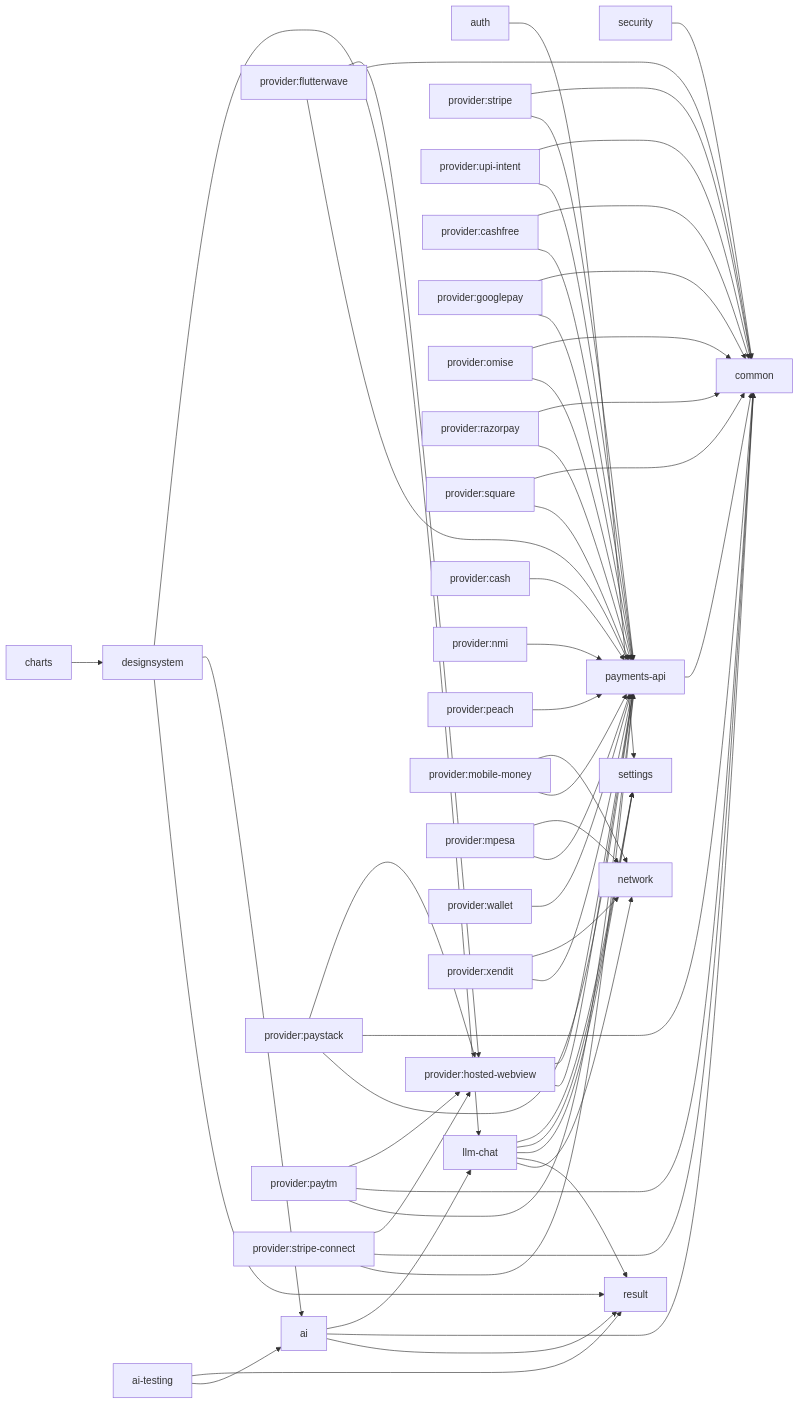
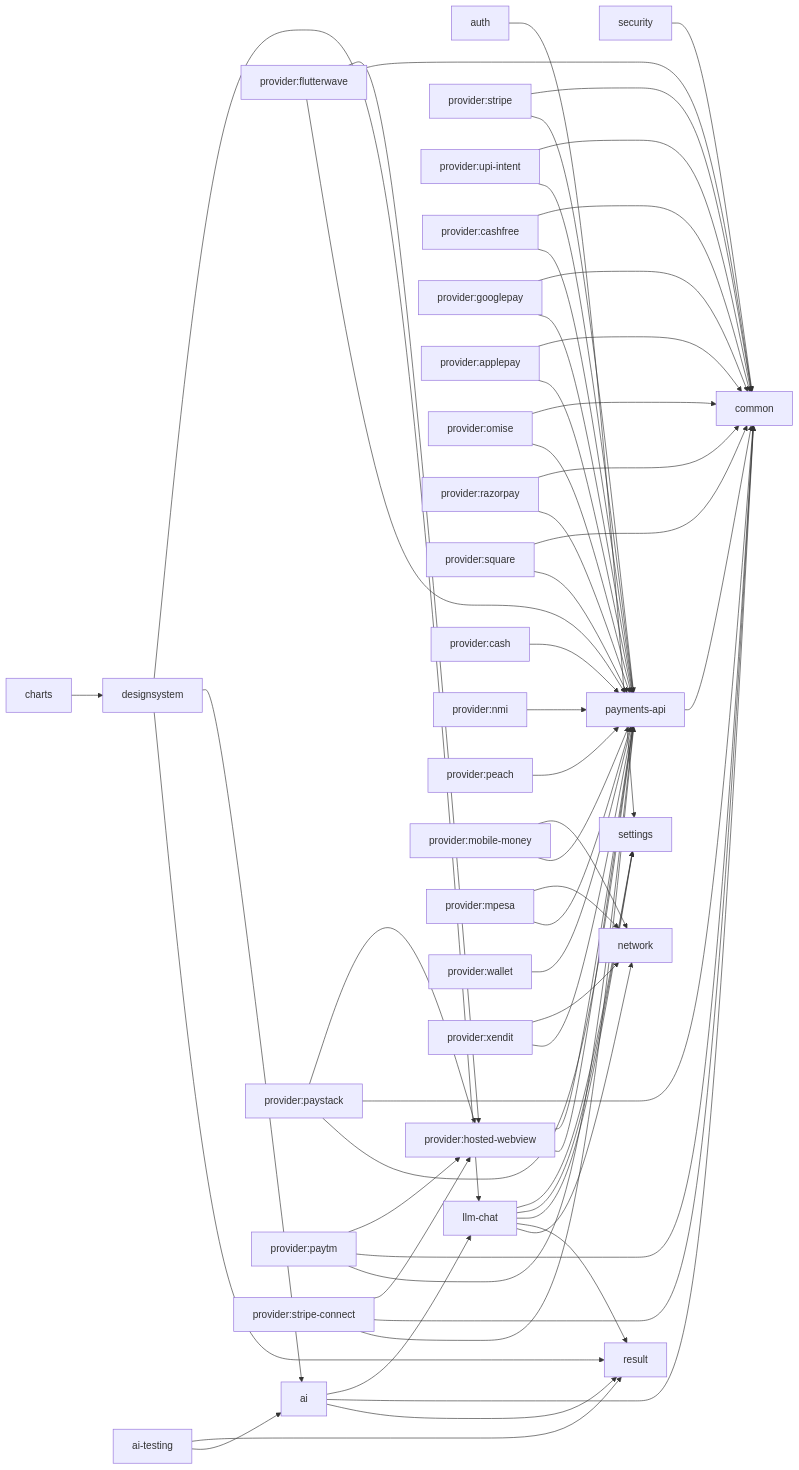
One commit to darkpandawarrior/kmp-toolkit changed the first of 3 diagrams in README.md. Above: the diagram before and after it, drawn with Mermaid. The commit also changed other lines of this file, not shown here.

First line of the commit message:
docs(readme): correct the module counts and the provider targets

````diff
--- a/README.md
+++ b/README.md
@@ -177,58 +179,60 @@
 ```mermaid
 graph LR
   security["security"] --> common["common"]
   auth["auth"] --> settings["settings"]
   designsystem["designsystem"] --> result["result"]
   designsystem["designsystem"] --> ai["ai"]
   designsystem["designsystem"] --> llm_chat["llm-chat"]
   ai["ai"] --> result["result"]
   ai["ai"] --> common["common"]
   ai["ai"] --> llm_chat["llm-chat"]
   ai_testing["ai-testing"] --> ai["ai"]
   ai_testing["ai-testing"] --> result["result"]
   llm_chat["llm-chat"] --> network["network"]
   llm_chat["llm-chat"] --> result["result"]
   llm_chat["llm-chat"] --> settings["settings"]
   llm_chat["llm-chat"] --> settings["settings"]
   llm_chat["llm-chat"] --> settings["settings"]
   payments_api["payments-api"] --> common["common"]
   charts["charts"] --> designsystem["designsystem"]
   provider_stripe["provider:stripe"] --> payments_api["payments-api"]
   provider_stripe["provider:stripe"] --> common["common"]
   provider_upi_intent["provider:upi-intent"] --> payments_api["payments-api"]
   provider_upi_intent["provider:upi-intent"] --> common["common"]
   provider_cashfree["provider:cashfree"] --> payments_api["payments-api"]
   provider_cashfree["provider:cashfree"] --> common["common"]
   provider_googlepay["provider:googlepay"] --> payments_api["payments-api"]
   provider_googlepay["provider:googlepay"] --> common["common"]
+  provider_applepay["provider:applepay"] --> payments_api["payments-api"]
+  provider_applepay["provider:applepay"] --> common["common"]
   provider_omise["provider:omise"] --> payments_api["payments-api"]
   provider_omise["provider:omise"] --> common["common"]
   provider_razorpay["provider:razorpay"] --> payments_api["payments-api"]
   provider_razorpay["provider:razorpay"] --> common["common"]
   provider_square["provider:square"] --> payments_api["payments-api"]
   provider_square["provider:square"] --> common["common"]
   provider_hosted_webview["provider:hosted-webview"] --> payments_api["payments-api"]
   provider_hosted_webview["provider:hosted-webview"] --> payments_api["payments-api"]
   provider_flutterwave["provider:flutterwave"] --> payments_api["payments-api"]
   provider_flutterwave["provider:flutterwave"] --> common["common"]
   provider_flutterwave["provider:flutterwave"] --> provider_hosted_webview["provider:hosted-webview"]
   provider_paystack["provider:paystack"] --> payments_api["payments-api"]
   provider_paystack["provider:paystack"] --> common["common"]
   provider_paystack["provider:paystack"] --> provider_hosted_webview["provider:hosted-webview"]
   provider_paytm["provider:paytm"] --> payments_api["payments-api"]
   provider_paytm["provider:paytm"] --> common["common"]
   provider_paytm["provider:paytm"] --> provider_hosted_webview["provider:hosted-webview"]
   provider_stripe_connect["provider:stripe-connect"] --> payments_api["payments-api"]
   provider_stripe_connect["provider:stripe-connect"] --> common["common"]
   provider_stripe_connect["provider:stripe-connect"] --> provider_hosted_webview["provider:hosted-webview"]
   provider_cash["provider:cash"] --> payments_api["payments-api"]
   provider_nmi["provider:nmi"] --> payments_api["payments-api"]
   provider_peach["provider:peach"] --> payments_api["payments-api"]
   provider_mobile_money["provider:mobile-money"] --> payments_api["payments-api"]
   provider_mobile_money["provider:mobile-money"] --> network["network"]
   provider_mpesa["provider:mpesa"] --> payments_api["payments-api"]
   provider_mpesa["provider:mpesa"] --> network["network"]
   provider_wallet["provider:wallet"] --> payments_api["payments-api"]
   provider_xendit["provider:xendit"] --> payments_api["payments-api"]
   provider_xendit["provider:xendit"] --> network["network"]
 ```
````
